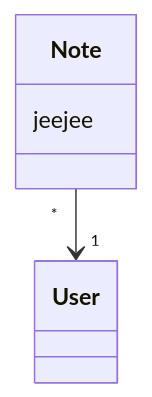
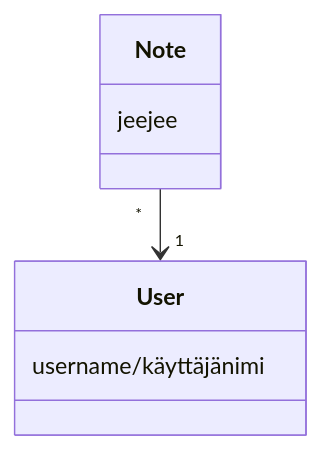
One commit to sansilla/ot-harjoitustyo changed the diagram in dokumentaatio/arkkitehtuuri.md. Above: the diagram before and after it, drawn with Mermaid.

Commit message:
toimiiko

````diff
--- a/dokumentaatio/arkkitehtuuri.md
+++ b/dokumentaatio/arkkitehtuuri.md
@@ -2,10 +2,11 @@
 ```mermaid
  classDiagram
       Note "*" --> "1" User
      
       class Note{
           jeejee
       }
       class User{
+          username/käyttäjänimi
       }
 ```
````
